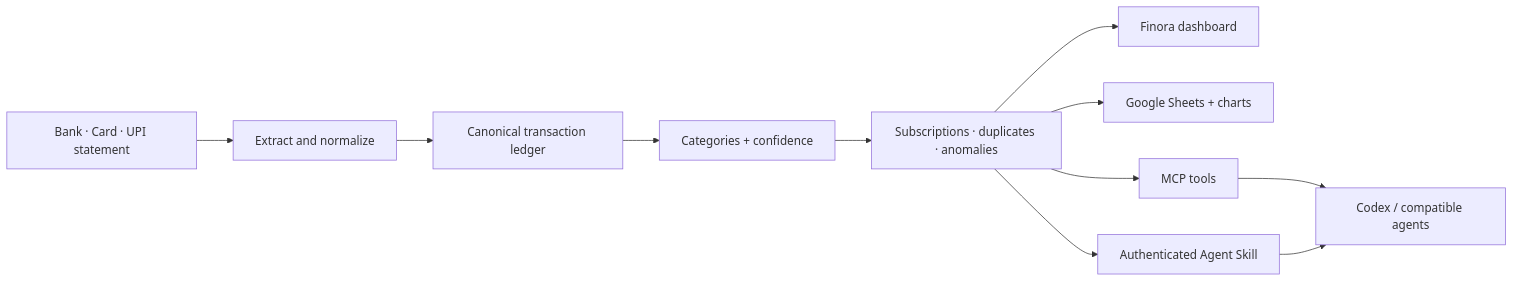
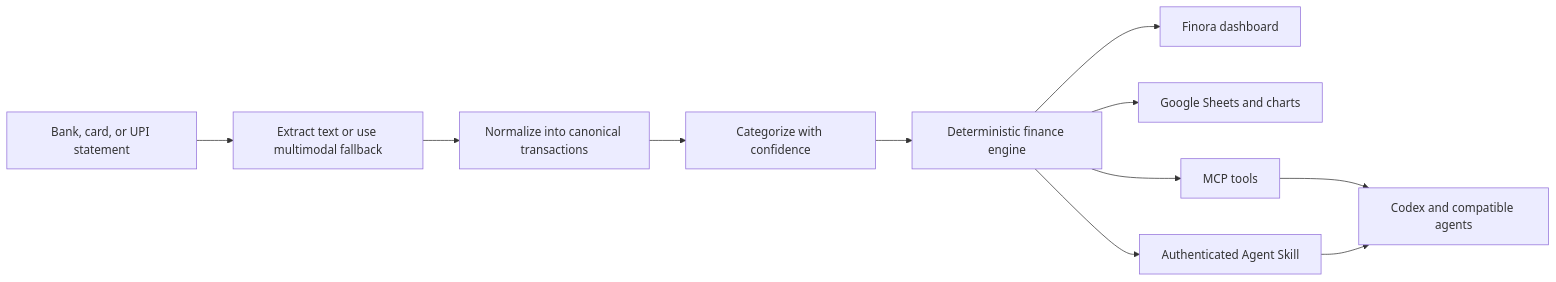
Before and after one commit to AdarshSingh-ASR/Finora: the first of 3 diagrams in README.md, drawn with Mermaid. The commit also changed other lines of this file and 17 other files, not shown here.

````diff
--- a/README.md
+++ b/README.md
@@ -81,13 +82,13 @@
 ```mermaid
 flowchart LR
-    A["Bank · Card · UPI statement"] --> B["Extract and normalize"]
-    B --> C["Canonical transaction ledger"]
-    C --> D["Categories + confidence"]
-    D --> E["Subscriptions · duplicates · anomalies"]
+    A["Bank, card, or UPI statement"] --> B["Extract text or use multimodal fallback"]
+    B --> C["Normalize into canonical transactions"]
+    C --> D["Categorize with confidence"]
+    D --> E["Deterministic finance engine"]
     E --> F["Finora dashboard"]
-    E --> G["Google Sheets + charts"]
+    E --> G["Google Sheets and charts"]
     E --> H["MCP tools"]
     E --> I["Authenticated Agent Skill"]
-    H --> J["Codex / compatible agents"]
+    H --> J["Codex and compatible agents"]
     I --> J
 ```
````
